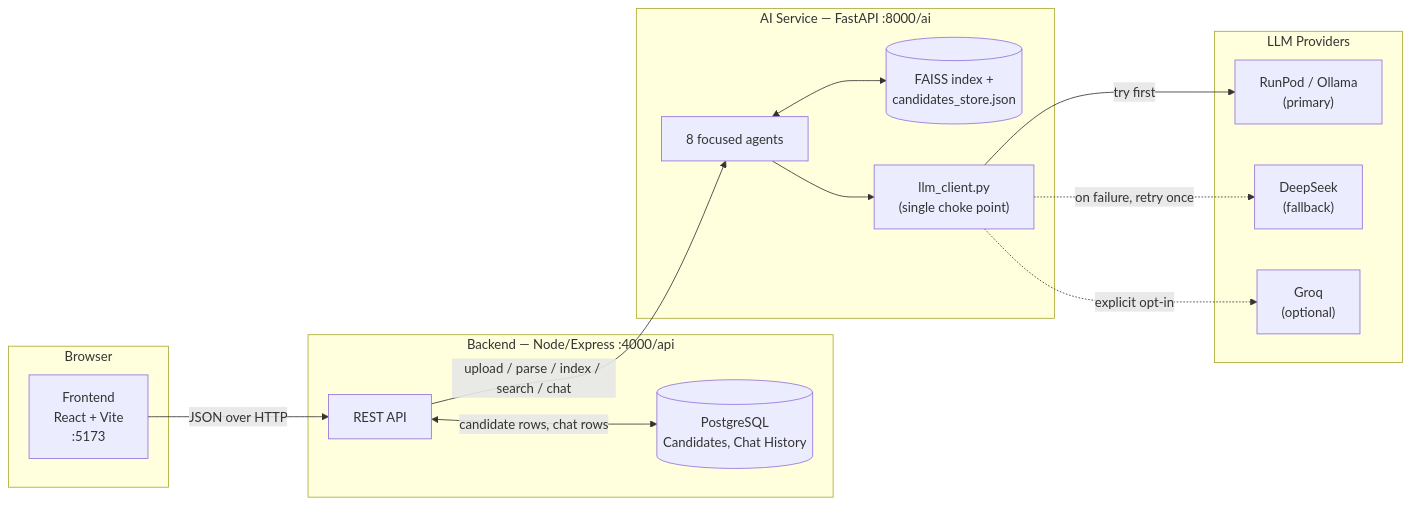
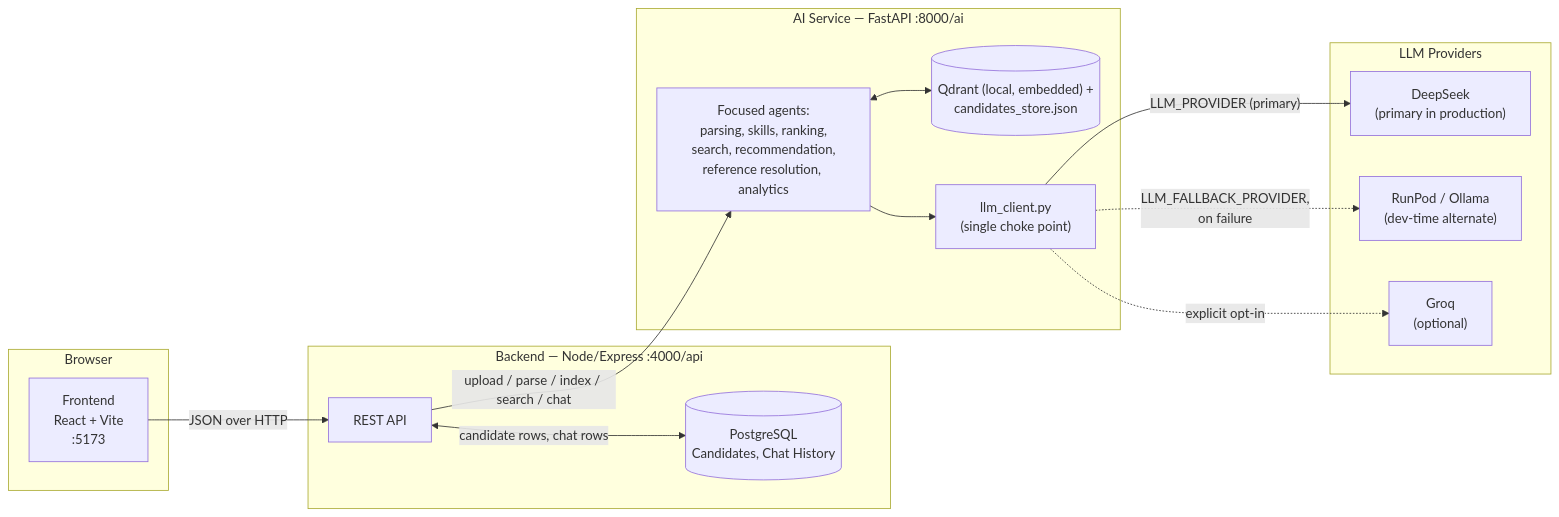
The first of 4 diagrams in README.md (Faadil747/RAG-Chatbot), drawn with Mermaid before and after one commit. The commit also changed other lines of this file and 1208 other files, not shown here.

````diff
--- a/README.md
+++ b/README.md
@@ -33,32 +34,32 @@
 ```mermaid
 flowchart LR
     subgraph Browser
         FE["Frontend<br/>React + Vite<br/>:5173"]
     end
 
     subgraph Backend["Backend — Node/Express :4000/api"]
         API["REST API"]
         PG[("PostgreSQL<br/>Candidates, Chat History")]
     end
 
     subgraph AIService["AI Service — FastAPI :8000/ai"]
-        Agents["8 focused agents"]
-        Vec[("FAISS index +<br/>candidates_store.json")]
+        Agents["Focused agents:<br/>parsing, skills, ranking,<br/>search, recommendation,<br/>reference resolution, analytics"]
+        Vec[("Qdrant (local, embedded) +<br/>candidates_store.json")]
         LLM["llm_client.py<br/>(single choke point)"]
     end
 
     subgraph Providers["LLM Providers"]
-        RunPod["RunPod / Ollama<br/>(primary)"]
-        DeepSeek["DeepSeek<br/>(fallback)"]
+        DeepSeek["DeepSeek<br/>(primary in production)"]
+        RunPod["RunPod / Ollama<br/>(dev-time alternate)"]
         Groq["Groq<br/>(optional)"]
     end
 
     FE -- "JSON over HTTP" --> API
     API -- "upload / parse / index / search / chat" --> Agents
     API <-- "candidate rows, chat rows" --> PG
     Agents <--> Vec
     Agents --> LLM
-    LLM -- "try first" --> RunPod
-    LLM -. "on failure, retry once" .-> DeepSeek
+    LLM -- "LLM_PROVIDER (primary)" --> DeepSeek
+    LLM -. "LLM_FALLBACK_PROVIDER,<br/>on failure" .-> RunPod
     LLM -. "explicit opt-in" .-> Groq
 ```
````
